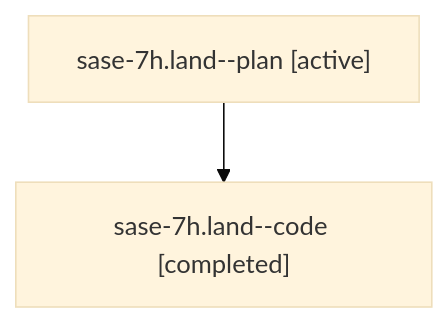
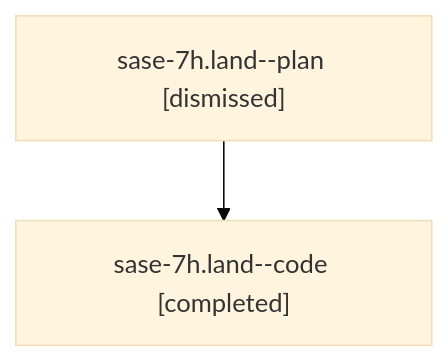
One commit to sase-org/sase--agents changed the diagram in sessions/bbugyi200.athena.sase-7h.land.md. Above: the diagram before and after it, drawn with Mermaid (base theme). The commit also changed other lines of this file and 61 other files, not shown here.

````diff
--- a/sessions/bbugyi200.athena.sase-7h.land.md
+++ b/sessions/bbugyi200.athena.sase-7h.land.md
@@ -9,6 +9,6 @@
 ```mermaid
 flowchart TD
-  n0["sase-7h.land--plan [active]"]
+  n0["sase-7h.land--plan [dismissed]"]
   n1["sase-7h.land--code [completed]"]
   n0 --> n1
 ```
````
